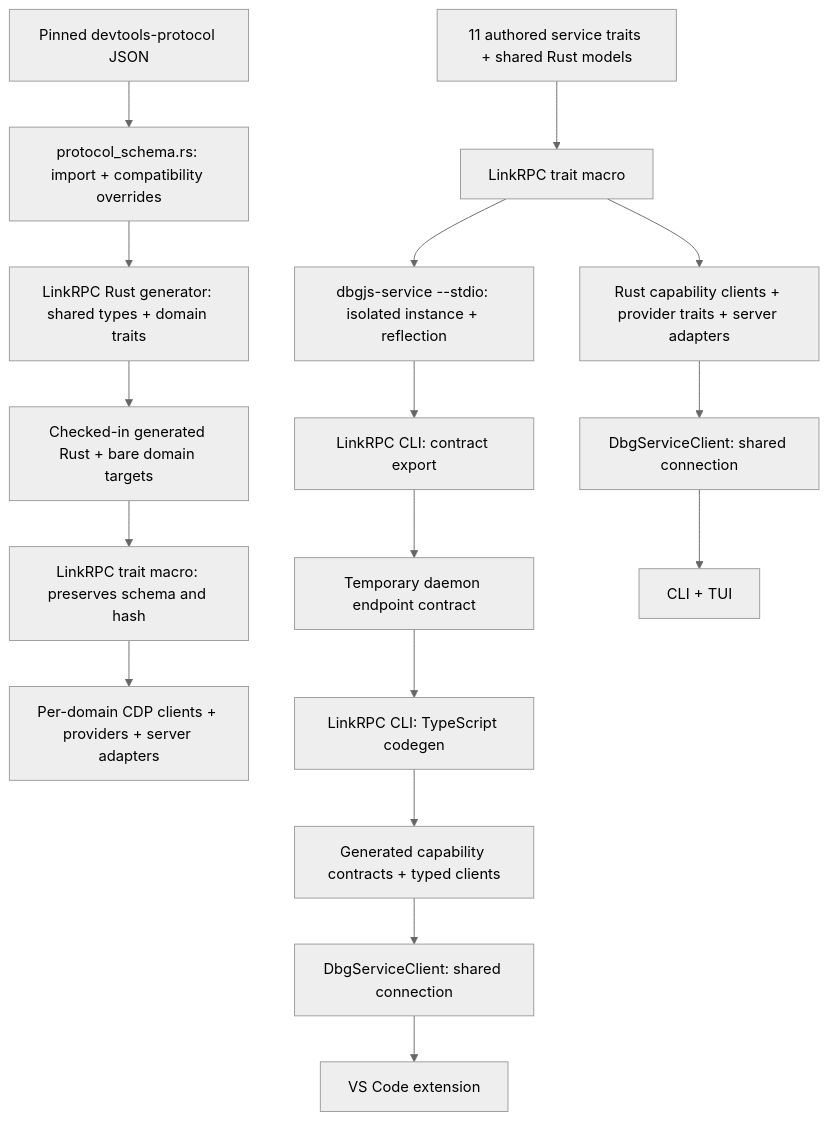
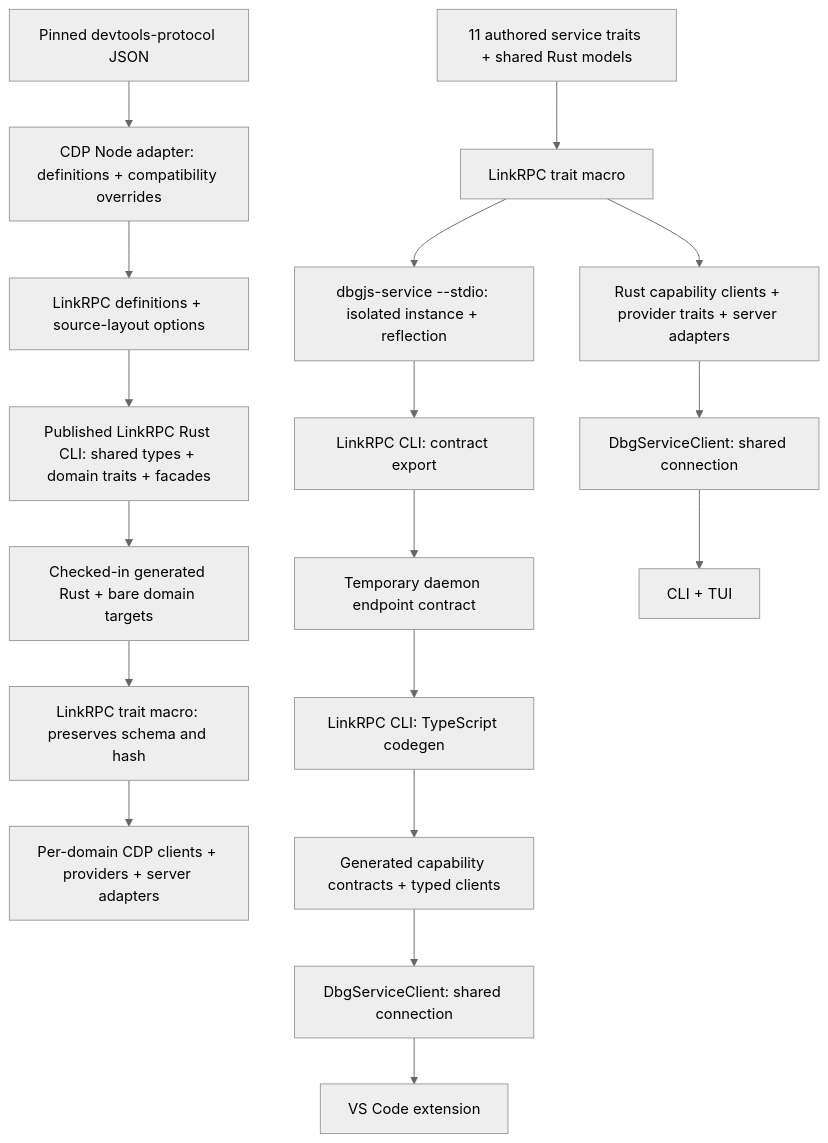
One commit to hediet/dbgjs changed the diagram in docs/architecture/contracts.md. Above: the diagram before and after it, drawn with Mermaid (neutral theme). The commit also changed other lines of this file and 11 other files, not shown here.

First line of the commit message:
Use published generic LinkRPC CLI for CDP generation

````diff
--- a/docs/architecture/contracts.md
+++ b/docs/architecture/contracts.md
@@ -21,19 +21,20 @@
 ```mermaid
 flowchart TD
-    CDP["Pinned devtools-protocol JSON"] --> Import["protocol_schema.rs: import + compatibility overrides"]
-    Import --> CdpGen["LinkRPC Rust generator: shared types + domain traits"]
+    CDP["Pinned devtools-protocol JSON"] --> Import["CDP Node adapter: definitions + compatibility overrides"]
+    Import --> Definitions["LinkRPC definitions + source-layout options"]
+    Definitions --> CdpGen["Published LinkRPC Rust CLI: shared types + domain traits + facades"]
     CdpGen --> Generated["Checked-in generated Rust + bare domain targets"]
     Generated --> CdpMacro["LinkRPC trait macro: preserves schema and hash"]
     CdpMacro --> Cdp["Per-domain CDP clients + providers + server adapters"]
     Traits["11 authored service traits + shared Rust models"] --> Macro["LinkRPC trait macro"]
     Macro --> Rust["Rust capability clients + provider traits + server adapters"]
     Macro --> Daemon["dbgjs-service --stdio: isolated instance + reflection"]
     Daemon --> Export["LinkRPC CLI: contract export"]
     Export --> Bundle["Temporary daemon endpoint contract"]
     Bundle --> CLI["LinkRPC CLI: TypeScript codegen"]
     CLI --> TS["Generated capability contracts + typed clients"]
     Rust --> RustFacade["DbgServiceClient: shared connection"]
     TS --> TSFacade["DbgServiceClient: shared connection"]
     RustFacade --> Consumers["CLI + TUI"]
     TSFacade --> Extension["VS Code extension"]
 ```
````
